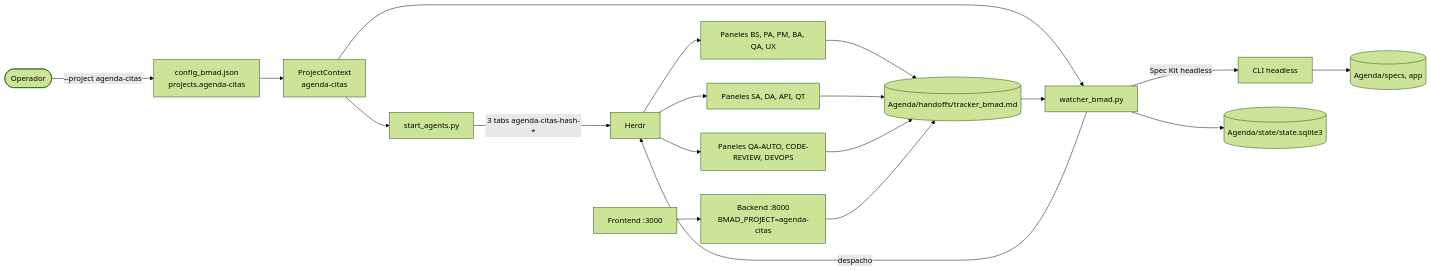
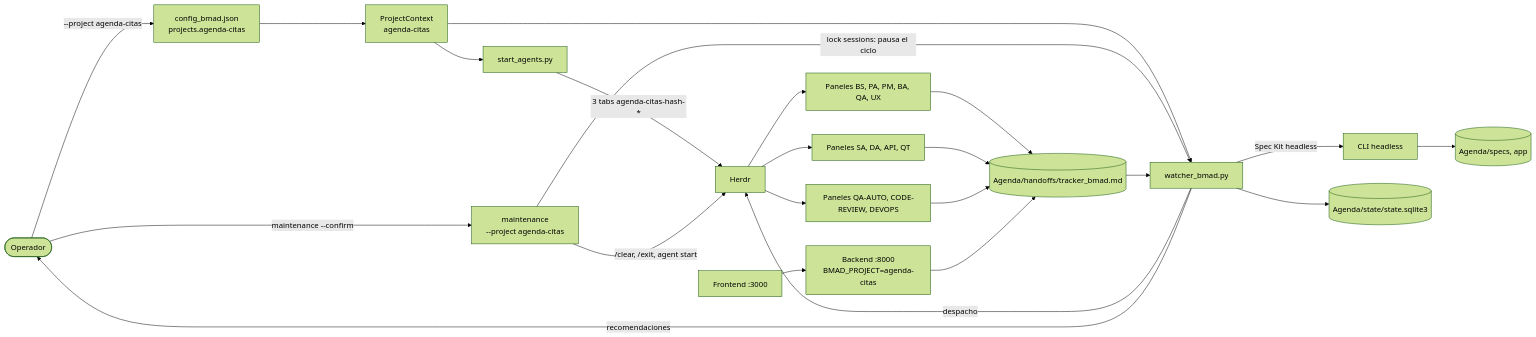
Diagram 20 of 21 in ARCHITECTURE.md (pauloravicaceres/template-bmad), drawn with Mermaid (forest theme) before and after one commit. The commit also changed other lines of this file and 39 other files, not shown here.

````diff
--- a/ARCHITECTURE.md
+++ b/ARCHITECTURE.md
@@ -500,19 +703,23 @@
 ```mermaid
 flowchart LR
     OP(["Operador"]) -->|"--project agenda-citas"| REG["config_bmad.json<br/>projects.agenda-citas"]
     REG --> CTX["ProjectContext<br/>agenda-citas"]
     CTX --> L["start_agents.py"]
     CTX --> W["watcher_bmad.py"]
     L -->|"3 tabs agenda-citas-hash-*"| H["Herdr"]
     H --> P1["Paneles BS, PA, PM, BA, QA, UX"]
     H --> P2["Paneles SA, DA, API, QT"]
     H --> P3["Paneles QA-AUTO, CODE-REVIEW, DEVOPS"]
     W -->|"despacho"| H
+    W -->|"recomendaciones"| OP
+    OP -->|"maintenance --confirm"| MNT["maintenance<br/>--project agenda-citas"]
+    MNT -->|"lock sessions: pausa el ciclo"| W
+    MNT -->|"/clear, /exit, agent start"| H
     W -->|"Spec Kit headless"| SK["CLI headless"]
     P1 & P2 & P3 --> T[("Agenda/handoffs/tracker_bmad.md")]
     T --> W
     SK --> A[("Agenda/specs, app")]
     W --> S[("Agenda/state/state.sqlite3")]
     D["Backend :8000<br/>BMAD_PROJECT=agenda-citas"] --> T
     UI["Frontend :3000"] --> D
 ```
````
